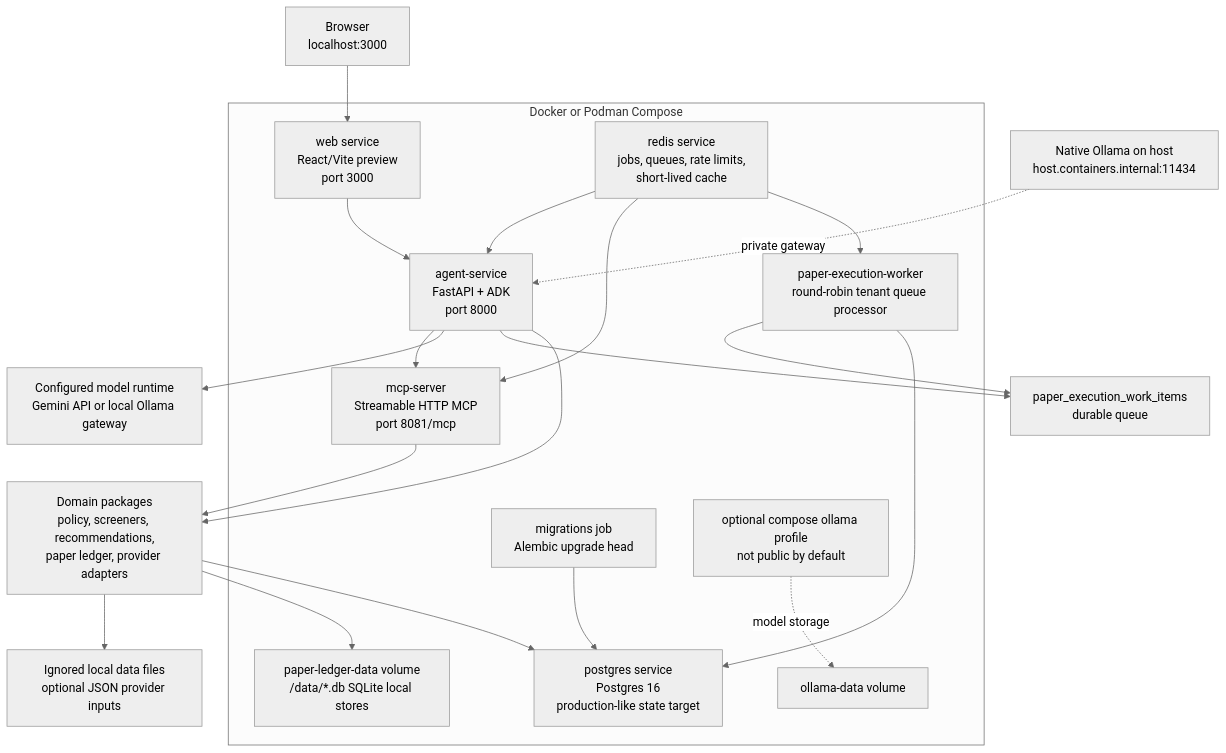
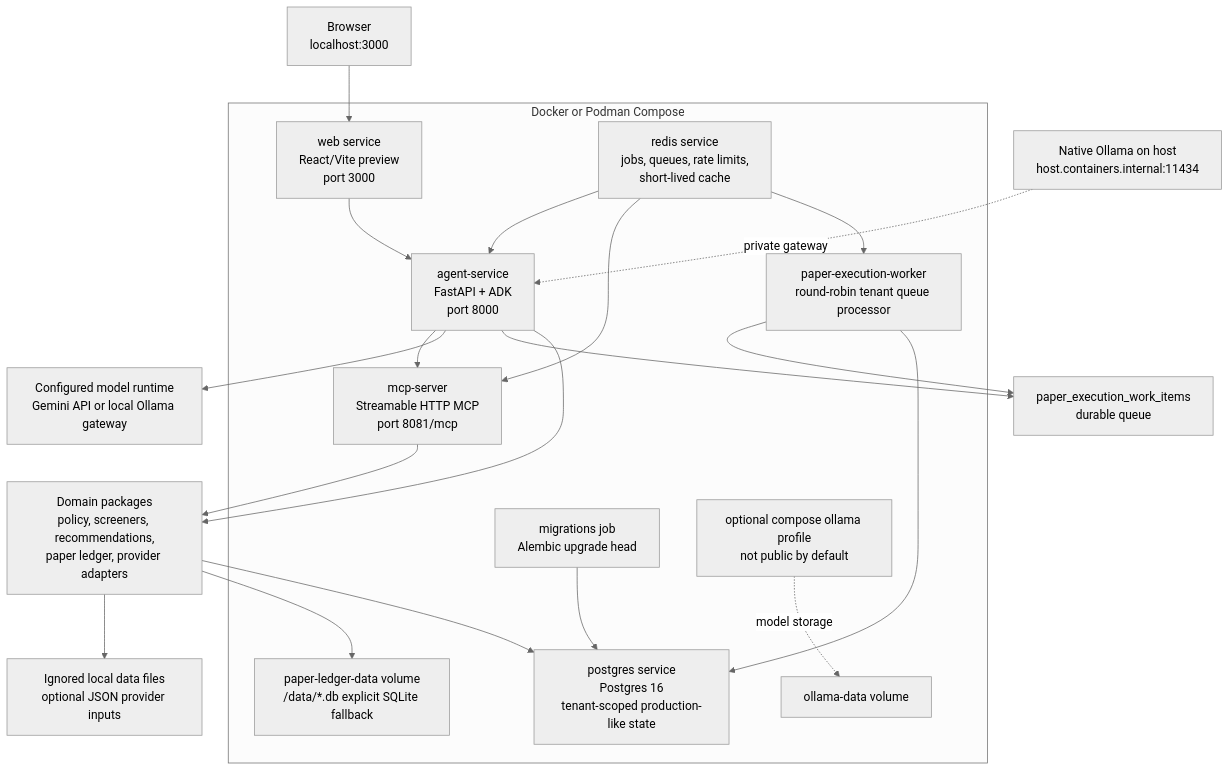
Before and after one commit to vinay-raghavan/portfolio-management-agentic: the second of 2 diagrams in README.md, drawn with Mermaid (neutral theme). The commit also changed other lines of this file and 11 other files, not shown here.

Commit message:
Add Postgres paper ledger store (#132)

````diff
--- a/README.md
+++ b/README.md
@@ -269,34 +269,34 @@
 ```mermaid
 flowchart TB
     Browser["Browser<br/>localhost:3000"] --> Web["web service<br/>React/Vite preview<br/>port 3000"]
     Web --> Agent["agent-service<br/>FastAPI + ADK<br/>port 8000"]
     Agent --> MCP["mcp-server<br/>Streamable HTTP MCP<br/>port 8081/mcp"]
     Agent --> Model["Configured model runtime<br/>Gemini API or local Ollama gateway"]
     Agent --> PaperQueue["paper_execution_work_items<br/>durable queue"]
     PaperWorker["paper-execution-worker<br/>round-robin tenant queue processor"] --> PaperQueue
     PaperWorker --> Postgres
     MCP --> Domain["Domain packages<br/>policy, screeners, recommendations,<br/>paper ledger, provider adapters"]
     Agent --> Domain
-    Domain --> Volume["paper-ledger-data volume<br/>/data/*.db SQLite local stores"]
-    Domain --> Postgres["postgres service<br/>Postgres 16<br/>production-like state target"]
+    Domain --> Volume["paper-ledger-data volume<br/>/data/*.db explicit SQLite fallback"]
+    Domain --> Postgres["postgres service<br/>Postgres 16<br/>tenant-scoped production-like state"]
     Migrations["migrations job<br/>Alembic upgrade head"] --> Postgres
     Redis["redis service<br/>jobs, queues, rate limits,<br/>short-lived cache"] --> Agent
     Redis --> MCP
     Redis --> PaperWorker
     Domain --> LocalData["Ignored local data files<br/>optional JSON provider inputs"]
     NativeOllama["Native Ollama on host<br/>host.containers.internal:11434"] -. "private gateway" .-> Agent
     OllamaProfile["optional compose ollama profile<br/>not public by default"] -. "model storage" .-> OllamaVolume["ollama-data volume"]
 
     subgraph Compose["Docker or Podman Compose"]
         Web
         Agent
         PaperWorker
         MCP
         Migrations
         Redis
         Volume
         Postgres
         OllamaProfile
         OllamaVolume
     end
 ```
````
